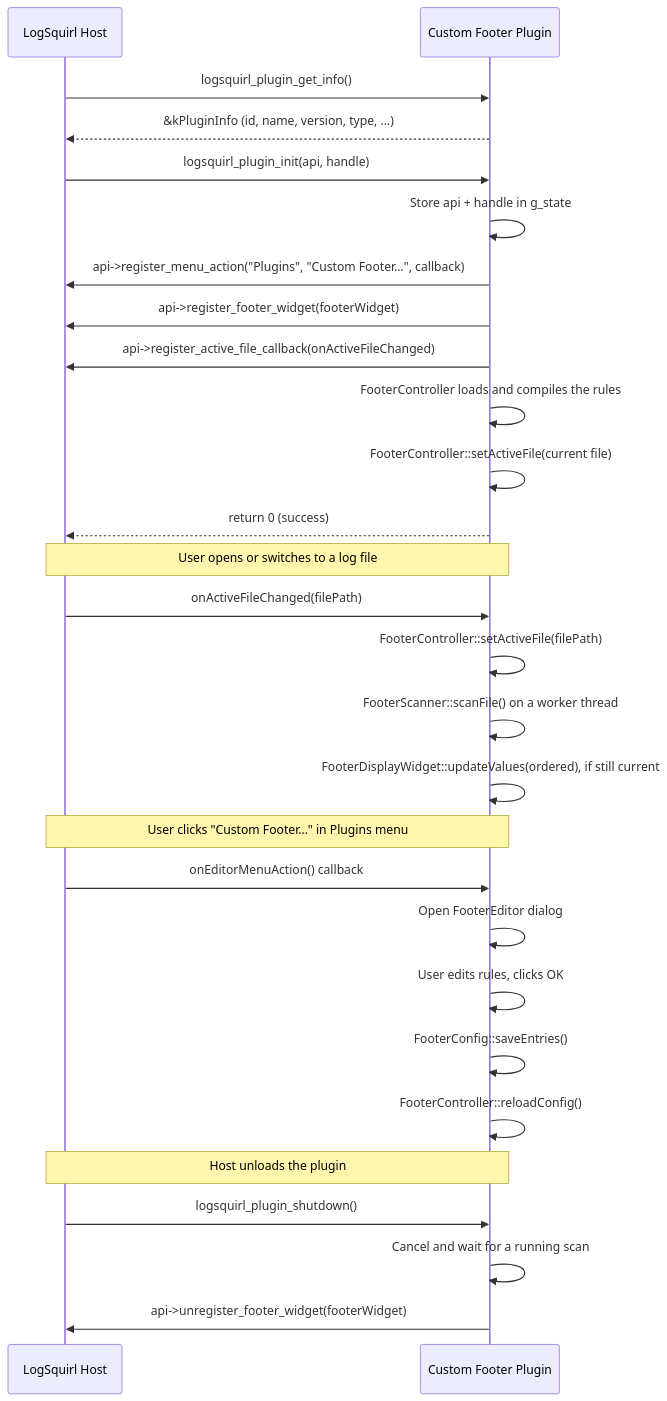
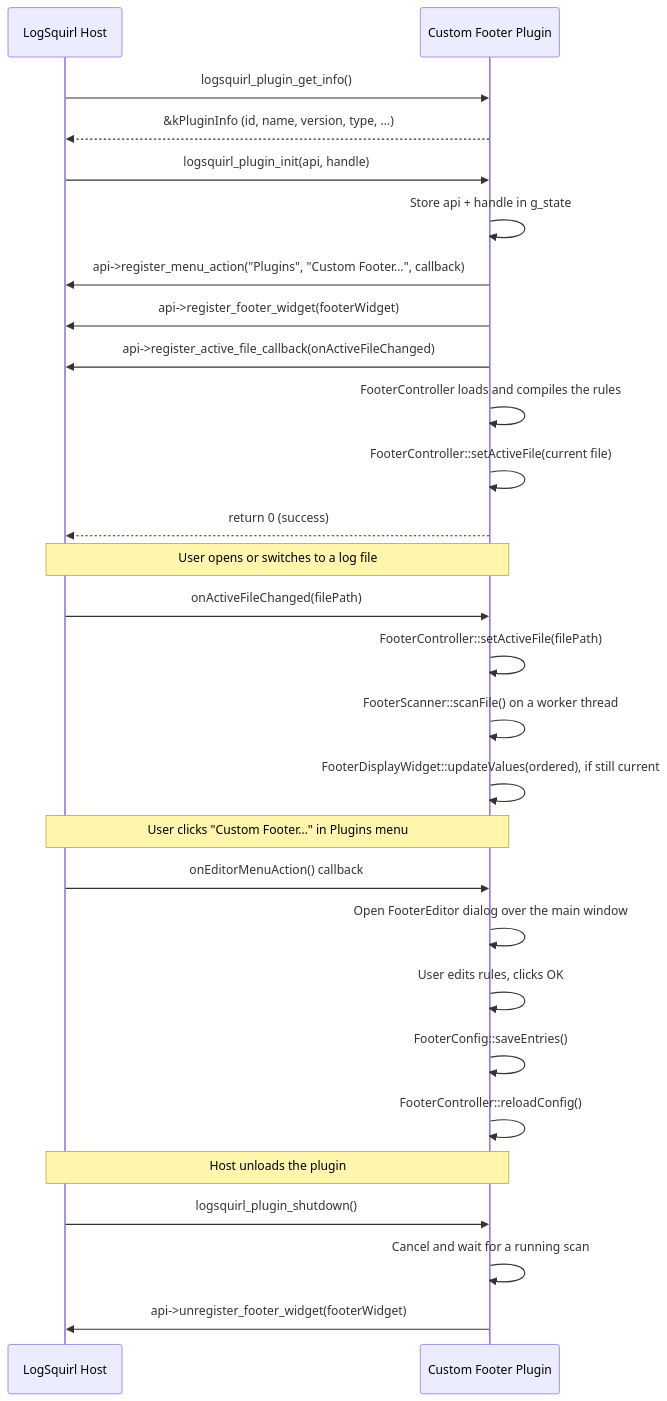
Before and after one commit to 64x-lunicorn/LogSquirl-CustomFooter: the diagram in docs/DEVELOPER_GUIDE.md, drawn with Mermaid. The commit also changed 3 other files, not shown here.

First line of the commit message:
Open the rule editor over the host's window

````diff
--- a/docs/DEVELOPER_GUIDE.md
+++ b/docs/DEVELOPER_GUIDE.md
@@ -23,38 +23,38 @@
 ```mermaid
 sequenceDiagram
     participant Host as LogSquirl Host
     participant Plugin as Custom Footer Plugin
 
     Host->>Plugin: logsquirl_plugin_get_info()
     Plugin-->>Host: &kPluginInfo (id, name, version, type, …)
 
     Host->>Plugin: logsquirl_plugin_init(api, handle)
     Plugin->>Plugin: Store api + handle in g_state
     Plugin->>Host: api->register_menu_action("Plugins", "Custom Footer…", callback)
     Plugin->>Host: api->register_footer_widget(footerWidget)
     Plugin->>Host: api->register_active_file_callback(onActiveFileChanged)
     Plugin->>Plugin: FooterController loads and compiles the rules
     Plugin->>Plugin: FooterController::setActiveFile(current file)
     Plugin-->>Host: return 0 (success)
 
     Note over Host,Plugin: User opens or switches to a log file
 
     Host->>Plugin: onActiveFileChanged(filePath)
     Plugin->>Plugin: FooterController::setActiveFile(filePath)
     Plugin->>Plugin: FooterScanner::scanFile() on a worker thread
     Plugin->>Plugin: FooterDisplayWidget::updateValues(ordered), if still current
 
     Note over Host,Plugin: User clicks "Custom Footer…" in Plugins menu
 
     Host->>Plugin: onEditorMenuAction() callback
-    Plugin->>Plugin: Open FooterEditor dialog
+    Plugin->>Plugin: Open FooterEditor dialog over the main window
     Plugin->>Plugin: User edits rules, clicks OK
     Plugin->>Plugin: FooterConfig::saveEntries()
     Plugin->>Plugin: FooterController::reloadConfig()
 
     Note over Host,Plugin: Host unloads the plugin
 
     Host->>Plugin: logsquirl_plugin_shutdown()
     Plugin->>Plugin: Cancel and wait for a running scan
     Plugin->>Host: api->unregister_footer_widget(footerWidget)
 ```
````
